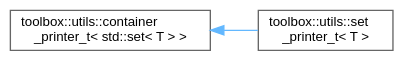
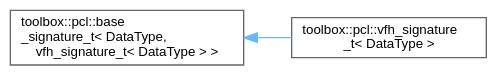
One commit to nerdneilsfield/cpp-toolbox changed the diagram in inherit_graph_116.dot. Above: the diagram before and after it, drawn with Graphviz. The commit also changed 771 other files, not shown here.

```diff
--- a/inherit_graph_116.dot
+++ b/inherit_graph_116.dot
@@ -1,11 +1,11 @@
 digraph "Graphical Class Hierarchy"
 {
  // LATEX_PDF_SIZE
   bgcolor="transparent";
   edge [fontname=Helvetica,fontsize=10,labelfontname=Helvetica,labelfontsize=10];
   node [fontname=Helvetica,fontsize=10,shape=box,height=0.2,width=0.4];
   rankdir="LR";
-  Node0 [id="Node000000",label="toolbox::utils::container\l_printer_t\< std::set\< T \> \>",height=0.2,width=0.4,color="grey40", fillcolor="white", style="filled",URL="$classtoolbox_1_1utils_1_1container__printer__t.html",tooltip=" "];
-  Node0 -> Node1 [id="edge77_Node000000_Node000001",dir="back",color="steelblue1",style="solid",tooltip=" "];
-  Node1 [id="Node000001",label="toolbox::utils::set\l_printer_t\< T \>",height=0.2,width=0.4,color="grey40", fillcolor="white", style="filled",URL="$classtoolbox_1_1utils_1_1set__printer__t.html",tooltip="Set 打印器/Set printer."];
+  Node0 [id="Node000000",label="toolbox::pcl::base\l_signature_t\< DataType,\l vfh_signature_t\< DataType \> \>",height=0.2,width=0.4,color="grey40", fillcolor="white", style="filled",URL="$structtoolbox_1_1pcl_1_1base__signature__t.html",tooltip=" "];
+  Node0 -> Node1 [id="edge110_Node000000_Node000001",dir="back",color="steelblue1",style="solid",tooltip=" "];
+  Node1 [id="Node000001",label="toolbox::pcl::vfh_signature\l_t\< DataType \>",height=0.2,width=0.4,color="grey40", fillcolor="white", style="filled",URL="$structtoolbox_1_1pcl_1_1vfh__signature__t.html",tooltip=" "];
 }
```
